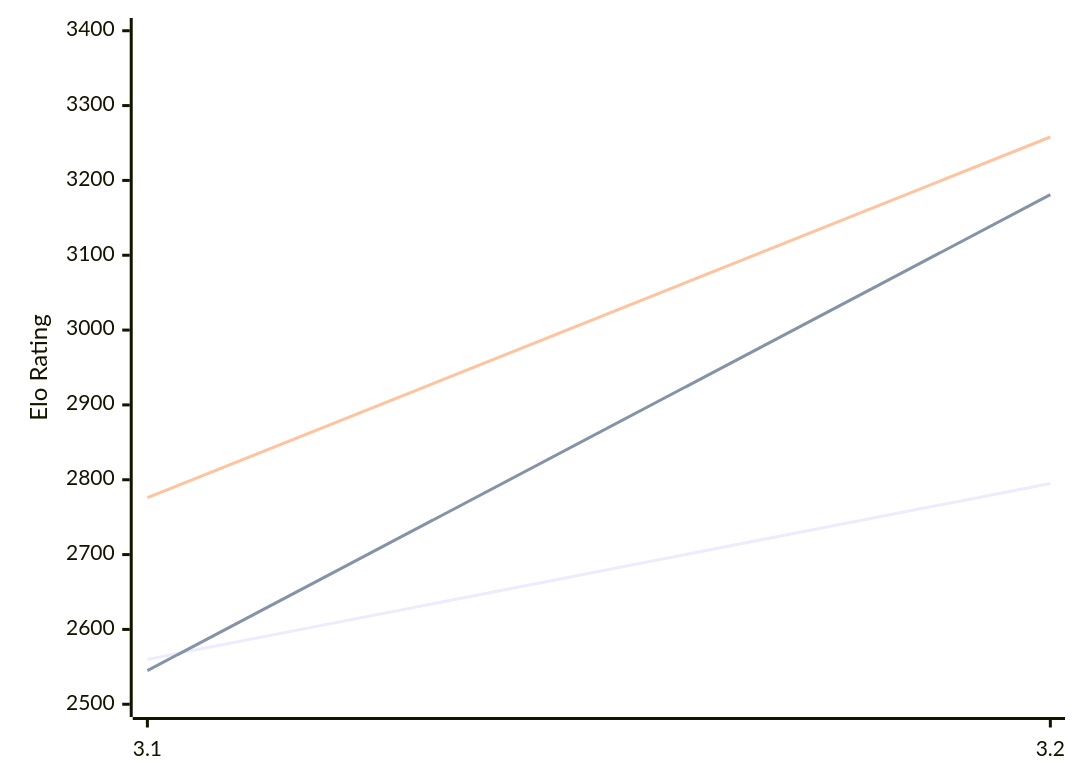
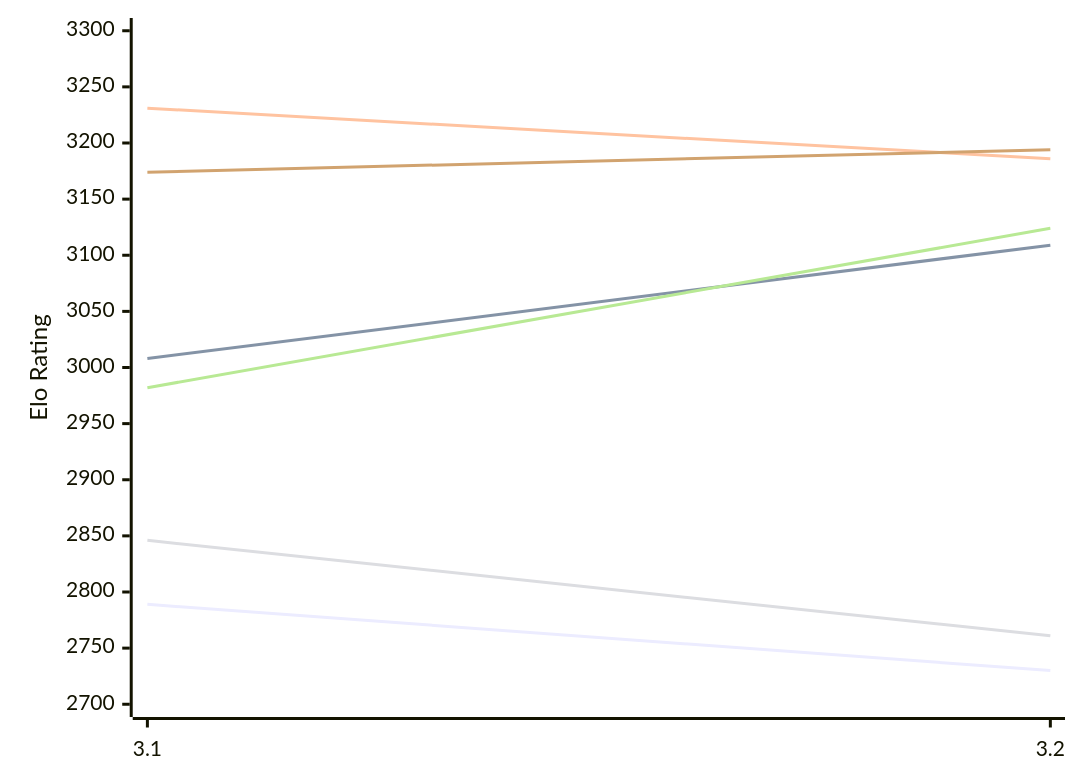
The first of 2 diagrams in engines/Vajolet2.md (computer-chess-index/cci), drawn with Mermaid before and after one commit. The commit also changed other lines of this file, not shown here.

Commit message:
Update CCI Ratings (ELO VLTC) - 2026-11-13

````diff
--- a/engines/Vajolet2.md
+++ b/engines/Vajolet2.md
@@ -51,12 +51,12 @@
 ```mermaid
 %%{init: {"theme":"base","themeVariables":{"seriesColors:['#a3a3a3','#222221','#faa371']}}}%%
 xychart-beta
   x-axis ["3.1", "3.2"]
-  y-axis "Elo Rating" 2500 --> 3400
-  line "E1: STC (8.0+0.08s)" [2560, 2795]
-  line "E1: LTC (60.0+0.60s)" [2545, 3181]
-  line "E1: VLTC (2m24s+1.12s)" [2776, 3258]
-  line "P1: STC (8.0+0.08s)" [2928]
-  line "P1: LTC (60.0+0.60s)" [3291]
-  line "P1: VLTC (2m24s+1.12s)" [3362]
+  y-axis "Elo Rating" 2700 --> 3300
+  line "E1: STC (8.0+0.08s)" [2789, 2730]
+  line "E1: LTC (60.0+0.60s)" [3008, 3109]
+  line "E1: VLTC (2m24s+1.12s)" [3231, 3186]
+  line "P1: STC (8.0+0.08s)" [2846, 2761]
+  line "P1: LTC (60.0+0.60s)" [2982, 3124]
+  line "P1: VLTC (2m24s+1.12s)" [3174, 3194]
 ```
````
